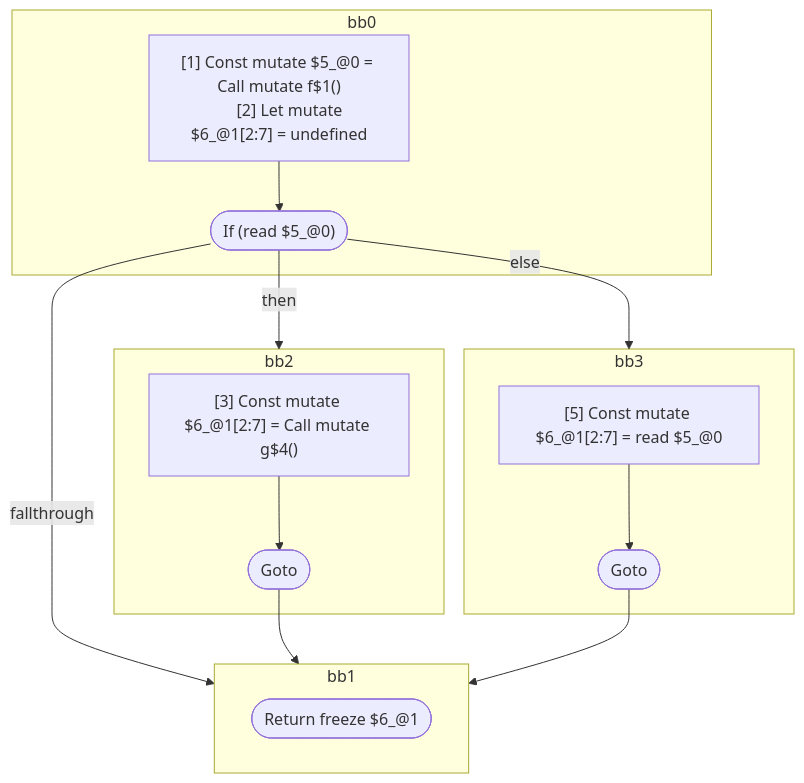
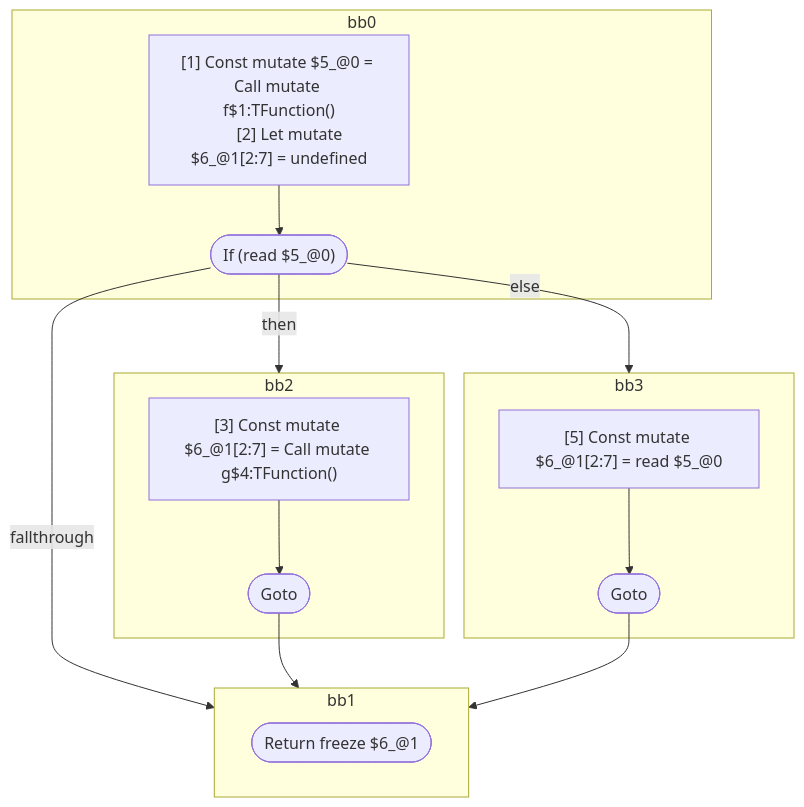
The first of 5 diagrams in compiler/forget/src/__tests__/fixtures/hir/logical-expression.expect.md (wutsmog/private), drawn with Mermaid before and after one commit. The commit also changed other lines of this file and 112 other files, not shown here.

````diff
--- a/compiler/forget/src/__tests__/fixtures/hir/logical-expression.expect.md
+++ b/compiler/forget/src/__tests__/fixtures/hir/logical-expression.expect.md
@@ -68,34 +68,34 @@
 ```mermaid
 flowchart TB
   %% Basic Blocks
   subgraph bb0
     bb0_instrs["
-      [1] Const mutate $5_@0 = Call mutate f$1()
+      [1] Const mutate $5_@0 = Call mutate f$1:TFunction()
       [2] Let mutate $6_@1[2:7] = undefined
     "]
     bb0_instrs --> bb0_terminal(["If (read $5_@0)"])
   end
   subgraph bb2
     bb2_instrs["
-      [3] Const mutate $6_@1[2:7] = Call mutate g$4()
+      [3] Const mutate $6_@1[2:7] = Call mutate g$4:TFunction()
     "]
     bb2_instrs --> bb2_terminal(["Goto"])
   end
   subgraph bb3
     bb3_instrs["
       [5] Const mutate $6_@1[2:7] = read $5_@0
     "]
     bb3_instrs --> bb3_terminal(["Goto"])
   end
   subgraph bb1
     bb1_terminal(["Return freeze $6_@1"])
   end
 
   %% Jumps
   bb0_terminal -- "then" --> bb2
   bb0_terminal -- "else" --> bb3
   bb0_terminal -- "fallthrough" --> bb1
   bb2_terminal --> bb1
   bb3_terminal --> bb1
 
 ```
````
